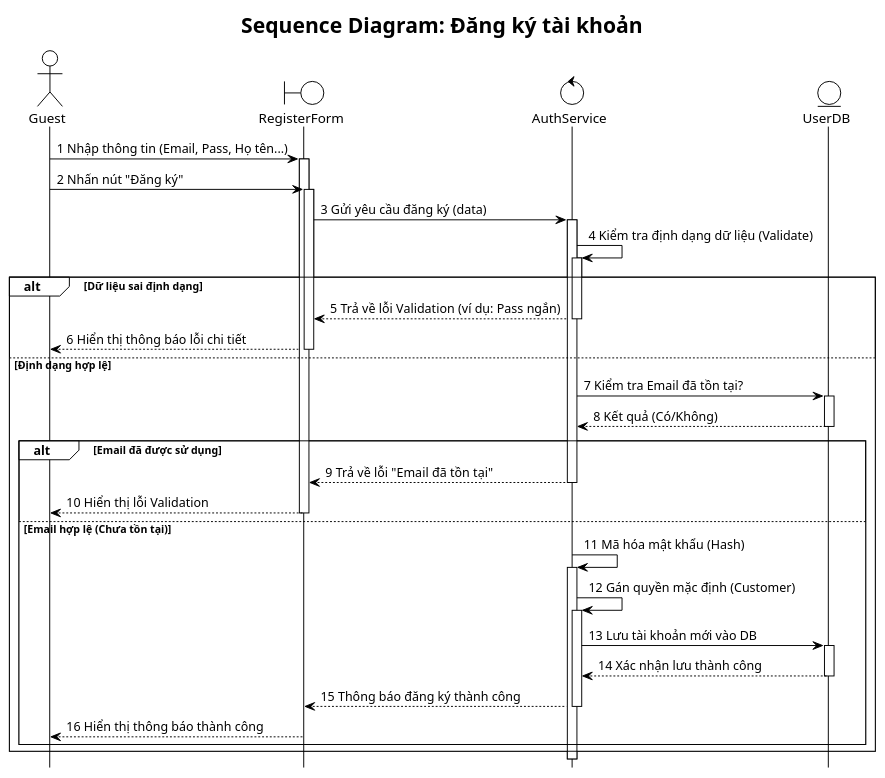
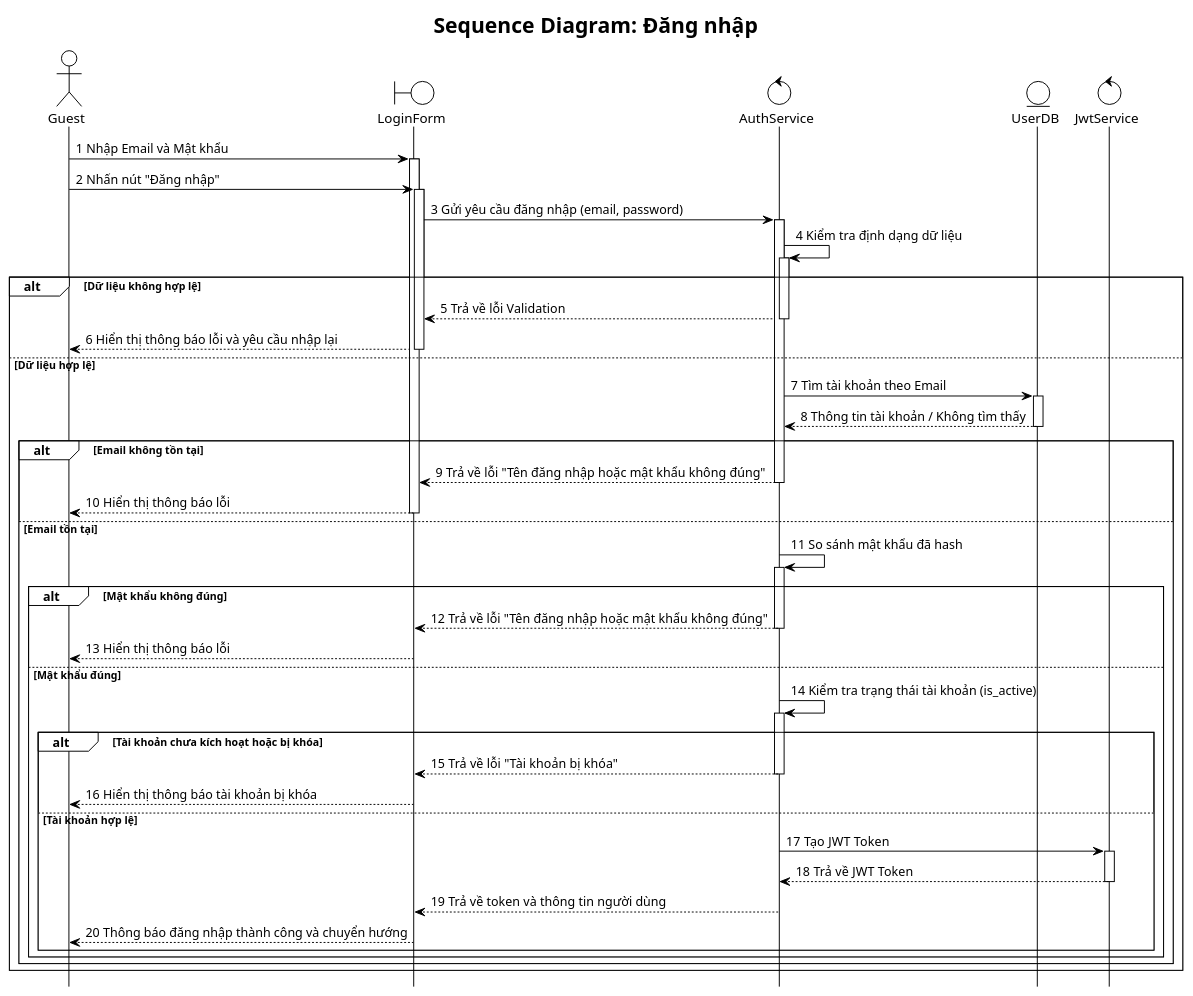
Before and after one commit to Sora0977/Hotel_Booking_PRD: the diagram in thesis/chapters/03_thiet_ke/3_2_mo_hinh_xu_ly/3_2_2_01_so_do_tuan_tu_dang_nhap.md, drawn with PlantUML. The commit also changed other lines of this file and 333 other files, not shown here.

````diff
--- a/thesis/chapters/03_thiet_ke/3_2_mo_hinh_xu_ly/3_2_2_01_so_do_tuan_tu_dang_nhap.md
+++ b/thesis/chapters/03_thiet_ke/3_2_mo_hinh_xu_ly/3_2_2_01_so_do_tuan_tu_dang_nhap.md
@@ -19,39 +29,50 @@
 ```plantuml
 @startuml
 !theme plain
 skinparam monochrome true
 skinparam shadowing false
 hide footbox
 autoactivate on
-title Sequence Diagram: Đăng ký tài khoản
+title Sequence Diagram: Đăng nhập
 
 actor Guest
-boundary RegisterForm
+boundary LoginForm
 control AuthService
 entity UserDB
+control JwtService
 
-Guest -> RegisterForm : 1 Nhập thông tin (Email, Pass, Họ tên...)
-Guest -> RegisterForm : 2 Nhấn nút "Đăng ký"
-RegisterForm -> AuthService : 3 Gửi yêu cầu đăng ký (data)
-AuthService -> AuthService : 4 Kiểm tra định dạng dữ liệu (Validate)
+Guest -> LoginForm : 1 Nhập Email và Mật khẩu
+Guest -> LoginForm : 2 Nhấn nút "Đăng nhập"
+LoginForm -> AuthService : 3 Gửi yêu cầu đăng nhập (email, password)
+AuthService -> AuthService : 4 Kiểm tra định dạng dữ liệu
 
-alt Dữ liệu sai định dạng
-    AuthService --> RegisterForm : 5 Trả về lỗi Validation (ví dụ: Pass ngắn)
-    RegisterForm --> Guest : 6 Hiển thị thông báo lỗi chi tiết
-else Định dạng hợp lệ
-    AuthService -> UserDB : 7 Kiểm tra Email đã tồn tại?
-    UserDB --> AuthService : 8 Kết quả (Có/Không)
-    alt Email đã được sử dụng
-        AuthService --> RegisterForm : 9 Trả về lỗi "Email đã tồn tại"
-        RegisterForm --> Guest : 10 Hiển thị lỗi Validation
-    else Email hợp lệ (Chưa tồn tại)
-        AuthService -> AuthService : 11 Mã hóa mật khẩu (Hash)
-        AuthService -> AuthService : 12 Gán quyền mặc định (Customer)
-        AuthService -> UserDB : 13 Lưu tài khoản mới vào DB
-        UserDB --> AuthService : 14 Xác nhận lưu thành công
-        AuthService --> RegisterForm : 15 Thông báo đăng ký thành công
-        RegisterForm --> Guest : 16 Hiển thị thông báo thành công
+alt Dữ liệu không hợp lệ
+    AuthService --> LoginForm : 5 Trả về lỗi Validation
+    LoginForm --> Guest : 6 Hiển thị thông báo lỗi và yêu cầu nhập lại
+else Dữ liệu hợp lệ
+    AuthService -> UserDB : 7 Tìm tài khoản theo Email
+    UserDB --> AuthService : 8 Thông tin tài khoản / Không tìm thấy
+    alt Email không tồn tại
+        AuthService --> LoginForm : 9 Trả về lỗi "Tên đăng nhập hoặc mật khẩu không đúng"
+        LoginForm --> Guest : 10 Hiển thị thông báo lỗi
+    else Email tồn tại
+        AuthService -> AuthService : 11 So sánh mật khẩu đã hash
+        alt Mật khẩu không đúng
+            AuthService --> LoginForm : 12 Trả về lỗi "Tên đăng nhập hoặc mật khẩu không đúng"
+            LoginForm --> Guest : 13 Hiển thị thông báo lỗi
+        else Mật khẩu đúng
+            AuthService -> AuthService : 14 Kiểm tra trạng thái tài khoản (is_active)
+            alt Tài khoản chưa kích hoạt hoặc bị khóa
+                AuthService --> LoginForm : 15 Trả về lỗi "Tài khoản bị khóa"
+                LoginForm --> Guest : 16 Hiển thị thông báo tài khoản bị khóa
+            else Tài khoản hợp lệ
+                AuthService -> JwtService : 17 Tạo JWT Token
+                JwtService --> AuthService : 18 Trả về JWT Token
+                AuthService --> LoginForm : 19 Trả về token và thông tin người dùng
+                LoginForm --> Guest : 20 Thông báo đăng nhập thành công và chuyển hướng
+            end
+        end
     end
 end
 @enduml
 ```
````
